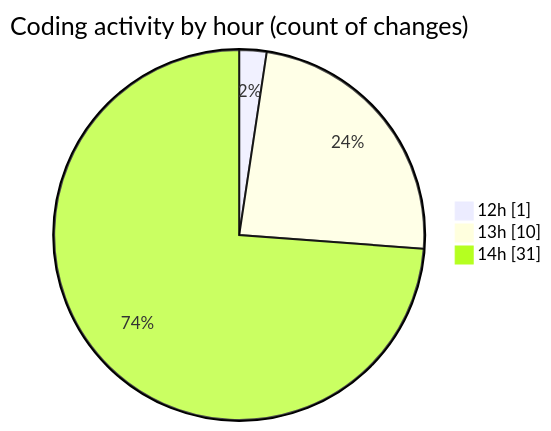
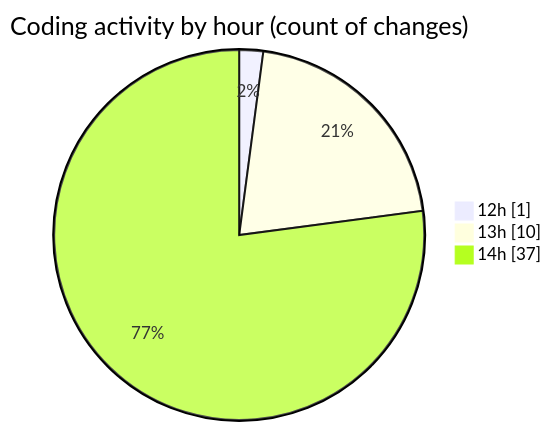
One commit to charlie-sans/code-tracking changed the second of 2 diagrams in 2025-04-29/uhigh-lang/README.md. Above: the diagram before and after it, drawn with Mermaid. The commit also changed other lines of this file and 1 other file, not shown here.

````diff
--- a/2025-04-29/uhigh-lang/README.md
+++ b/2025-04-29/uhigh-lang/README.md
@@ -37,7 +37,7 @@
 ```mermaid
 pie showData
 title Coding activity by hour (count of changes)
 "12h" : 1
 "13h" : 10
-"14h" : 31
+"14h" : 37
 ```
````
